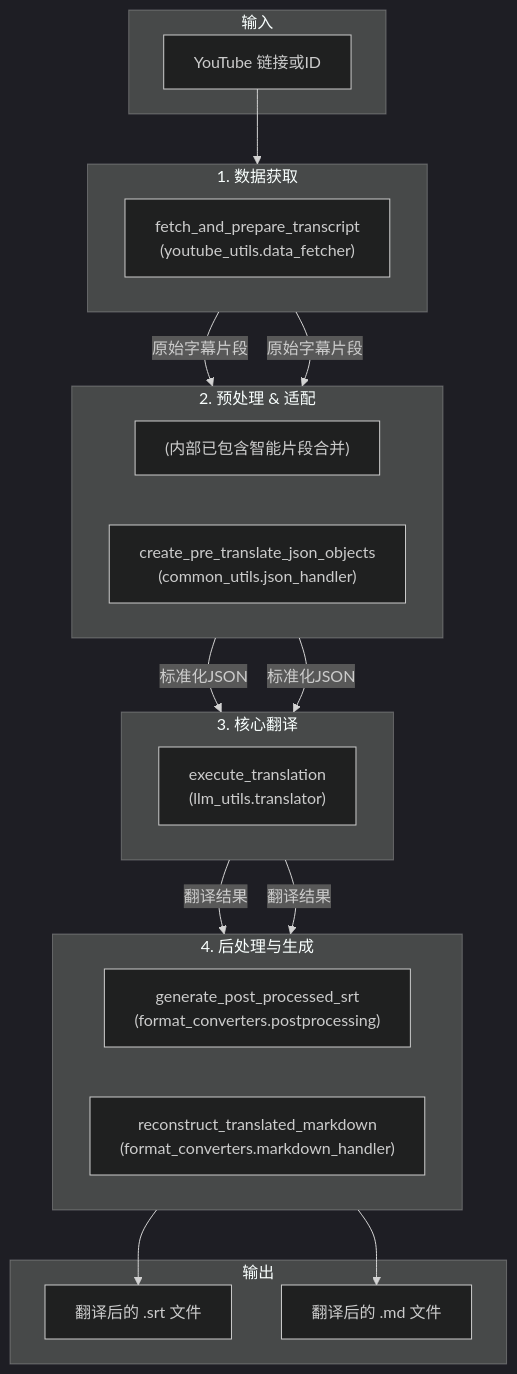
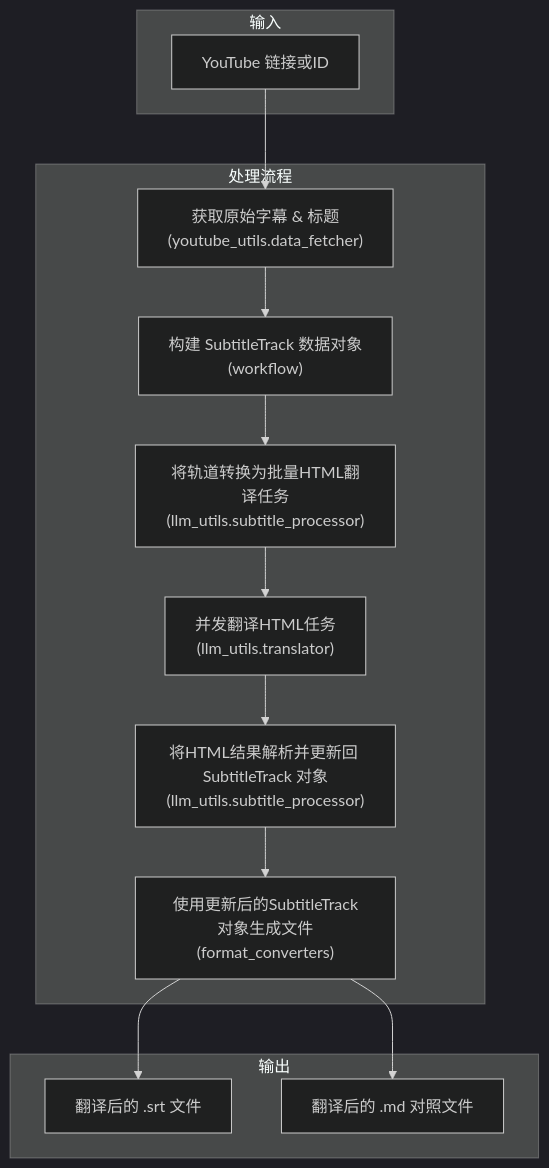
The diagram in docs/03_workflow_youtube_translation.md (kuniyao/MultiMediaGenAI), drawn with Mermaid (dark theme) before and after one commit. The commit also changed other lines of this file and 12 other files, not shown here.

````diff
--- a/docs/03_workflow_youtube_translation.md
+++ b/docs/03_workflow_youtube_translation.md
@@ -14,37 +15,23 @@
 ```mermaid
 graph TD;
     subgraph Input [输入]
         A[YouTube 链接或ID]
     end
 
-    subgraph Fetching [1. 数据获取]
-        direction LR
-        B1["fetch_and_prepare_transcript<br>(youtube_utils.data_fetcher)"]
-    end
-
-    subgraph Preprocessing [2. 预处理 & 适配]
-        direction LR
-        C1["(内部已包含智能片段合并)"]
-        C2["create_pre_translate_json_objects<br>(common_utils.json_handler)"]
-    end
-    
-    subgraph Translation [3. 核心翻译]
-        direction LR
-        D1["execute_translation<br>(llm_utils.translator)"]
-    end
-
-    subgraph Postprocessing [4. 后处理与生成]
-        direction LR
-        E1["generate_post_processed_srt<br>(format_converters.postprocessing)"]
-        E2["reconstruct_translated_markdown<br>(format_converters.markdown_handler)"]
+    subgraph Processing [处理流程]
+        B["获取原始字幕 & 标题<br>(youtube_utils.data_fetcher)"]
+        C["构建 SubtitleTrack 数据对象<br>(workflow)"]
+        D["将轨道转换为批量HTML翻译任务<br>(llm_utils.subtitle_processor)"]
+        E["并发翻译HTML任务<br>(llm_utils.translator)"]
+        F["将HTML结果解析并更新回 SubtitleTrack 对象<br>(llm_utils.subtitle_processor)"]
+        G["使用更新后的SubtitleTrack对象生成文件<br>(format_converters)"]
     end
 
     subgraph Output [输出]
-        F1[翻译后的 .srt 文件]
-        F2[翻译后的 .md 文件]
+        H1[翻译后的 .srt 文件]
+        H2[翻译后的 .md 对照文件]
     end
 
-    A --> B1 -- 原始字幕片段 --> C1 & C2 -- 标准化JSON --> D1 -- 翻译结果 --> E1 & E2;
-    E1 --> F1;
-    E2 --> F2;
+    A --> B --> C --> D --> E --> F --> G;
+    G --> H1 & H2;
 ```
````
